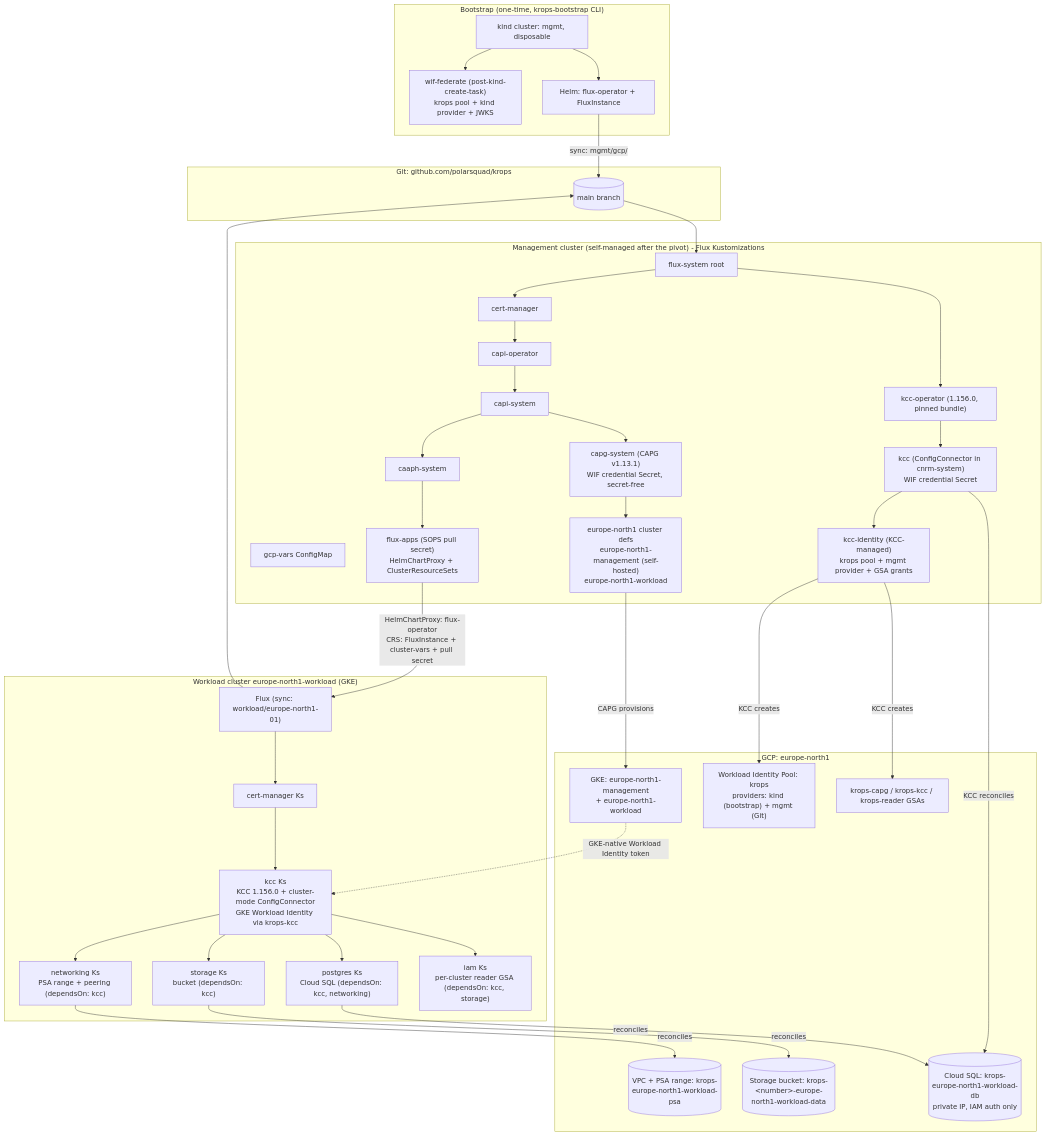
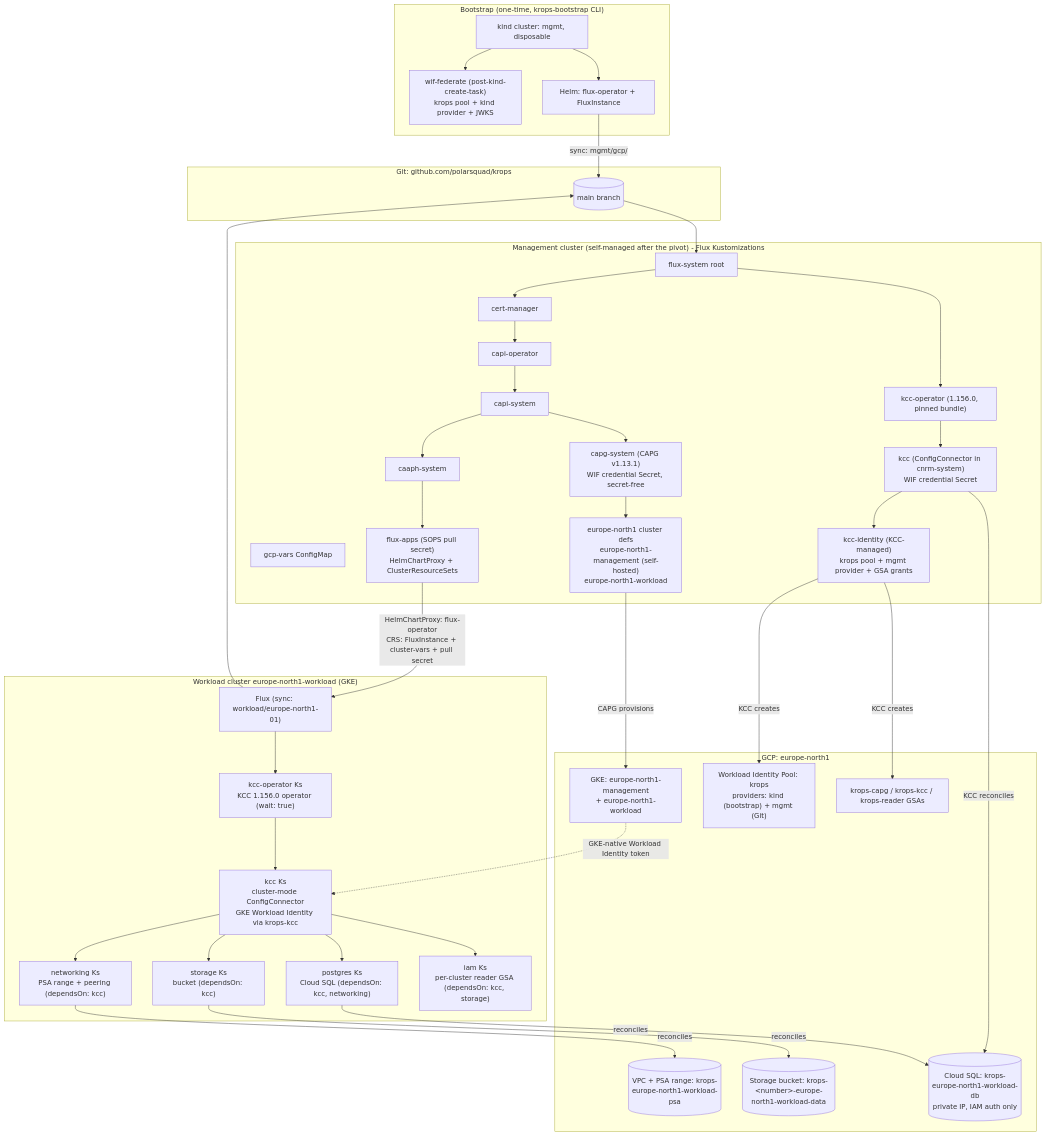
The third of 5 diagrams in docs/architecture.md (TrueHear-Infra/truehear-infra-dev), drawn with Mermaid before and after one commit. The commit also changed other lines of this file and 28 other files, not shown here.

First line of the commit message:
feat: GKE workload cluster resources via Config Connector (#318)

````diff
--- a/docs/architecture.md
+++ b/docs/architecture.md
@@ -344,74 +344,74 @@
 ```mermaid
 flowchart TD
     subgraph bootstrap["Bootstrap (one-time, krops-bootstrap CLI)"]
         KIND[kind cluster: mgmt, disposable]
         WIF["wif-federate (post-kind-create-task)<br/>krops pool + kind provider + JWKS"]
         HELM[Helm: flux-operator + FluxInstance]
         KIND --> WIF
         KIND --> HELM
     end
 
     subgraph git["Git: github.com/polarsquad/krops"]
         REPO[(main branch)]
     end
 
     HELM -->|"sync: mgmt/gcp/"| REPO
 
     subgraph mgmt["Management cluster (self-managed after the pivot) - Flux Kustomizations"]
         FS[flux-system root]
         GCPV[gcp-vars ConfigMap]
         CM[cert-manager]
         CO[capi-operator]
         CAPIS[capi-system]
         CAPGS["capg-system (CAPG v1.13.1)<br/>WIF credential Secret, secret-free"]
         CAAPH[caaph-system]
         KCCO["kcc-operator (1.156.0, pinned bundle)"]
         KCC["kcc (ConfigConnector in cnrm-system)<br/>WIF credential Secret"]
         KCCI["kcc-identity (KCC-managed)<br/>krops pool + mgmt provider + GSA grants"]
         EUNC["europe-north1 cluster defs<br/>europe-north1-management (self-hosted)<br/>europe-north1-workload"]
         FA["flux-apps (SOPS pull secret)<br/>HelmChartProxy + ClusterResourceSets"]
 
         FS --> CM --> CO --> CAPIS --> CAPGS
         CAPIS --> CAAPH --> FA
         FS --> KCCO --> KCC --> KCCI
         CAPGS --> EUNC
     end
 
     REPO --> FS
 
     subgraph gcp["GCP: europe-north1"]
         GKE[GKE: europe-north1-management<br/>+ europe-north1-workload]
         POOL["Workload Identity Pool: krops<br/>providers: kind (bootstrap) + mgmt (Git)"]
         GSAS["krops-capg / krops-kcc / krops-reader GSAs"]
         VPC[(VPC + PSA range: krops-europe-north1-workload-psa)]
         BUCKET[(Storage bucket: krops-&lt;number&gt;-europe-north1-workload-data)]
         SQL[(Cloud SQL: krops-europe-north1-workload-db<br/>private IP, IAM auth only)]
     end
 
     EUNC -->|CAPG provisions| GKE
     KCCI -->|KCC creates| POOL
     KCCI -->|KCC creates| GSAS
     KCC -->|KCC reconciles| SQL
     FA -->|"HelmChartProxy: flux-operator<br/>CRS: FluxInstance + cluster-vars + pull secret"| WF
 
     subgraph wl["Workload cluster europe-north1-workload (GKE)"]
         WF["Flux (sync: workload/europe-north1-01)"]
-        WCM["cert-manager Ks"]
-        WKCC["kcc Ks<br/>KCC 1.156.0 + cluster-mode ConfigConnector<br/>GKE Workload Identity via krops-kcc"]
+        WKCCO["kcc-operator Ks<br/>KCC 1.156.0 operator (wait: true)"]
+        WKCC["kcc Ks<br/>cluster-mode ConfigConnector<br/>GKE Workload Identity via krops-kcc"]
         WNET["networking Ks<br/>PSA range + peering (dependsOn: kcc)"]
         WSTOR["storage Ks<br/>bucket (dependsOn: kcc)"]
         WPSQL["postgres Ks<br/>Cloud SQL (dependsOn: kcc, networking)"]
         WIAM["iam Ks<br/>per-cluster reader GSA (dependsOn: kcc, storage)"]
 
-        WF --> WCM --> WKCC --> WNET
+        WF --> WKCCO --> WKCC --> WNET
         WKCC --> WSTOR
         WKCC --> WPSQL
         WKCC --> WIAM
     end
 
     WF --> REPO
     GKE -.->|GKE-native Workload Identity token| WKCC
     WNET -->|reconciles| VPC
     WSTOR -->|reconciles| BUCKET
     WPSQL -->|reconciles| SQL
 ```
````
